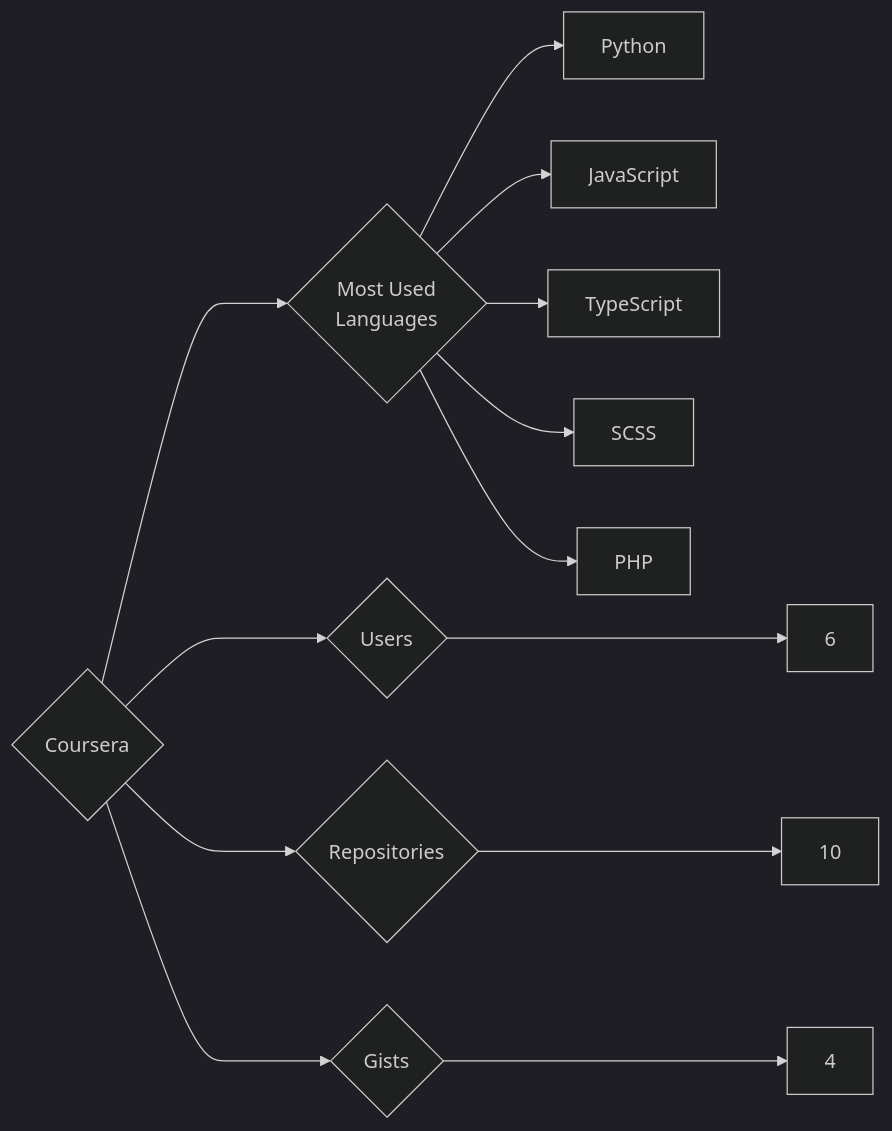
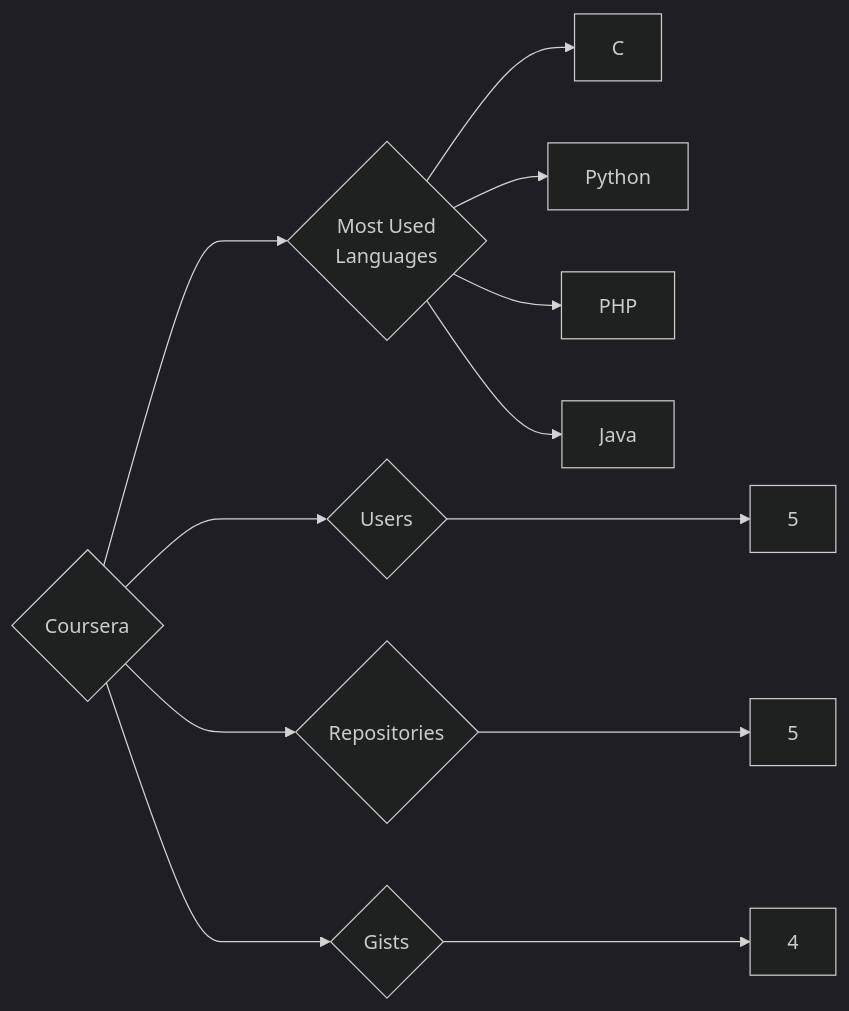
The diagram in targets/Coursera/README.md (trickest/insiders), drawn with Mermaid (dark theme) before and after one commit. The commit also changed 934 other files, not shown here.

````diff
--- a/targets/Coursera/README.md
+++ b/targets/Coursera/README.md
@@ -3,13 +3,12 @@
 ```mermaid
 graph LR
 COMPANY_NAME{Coursera}
-COMPANY_NAME ---> U{Users} ---> UN[6]
-COMPANY_NAME ---> R{Repositories} ---> RN[10]
+COMPANY_NAME ---> U{Users} ---> UN[5]
+COMPANY_NAME ---> R{Repositories} ---> RN[5]
 COMPANY_NAME ---> G{Gists} ---> GN[4]
 COMPANY_NAME ---> ML{Most Used<br>Languages}
+ML --> C[C]
 ML --> Python[Python]
-ML --> JavaScript[JavaScript]
-ML --> TypeScript[TypeScript]
-ML --> SCSS[SCSS]
 ML --> PHP[PHP]
+ML --> Java[Java]
 ```
````
